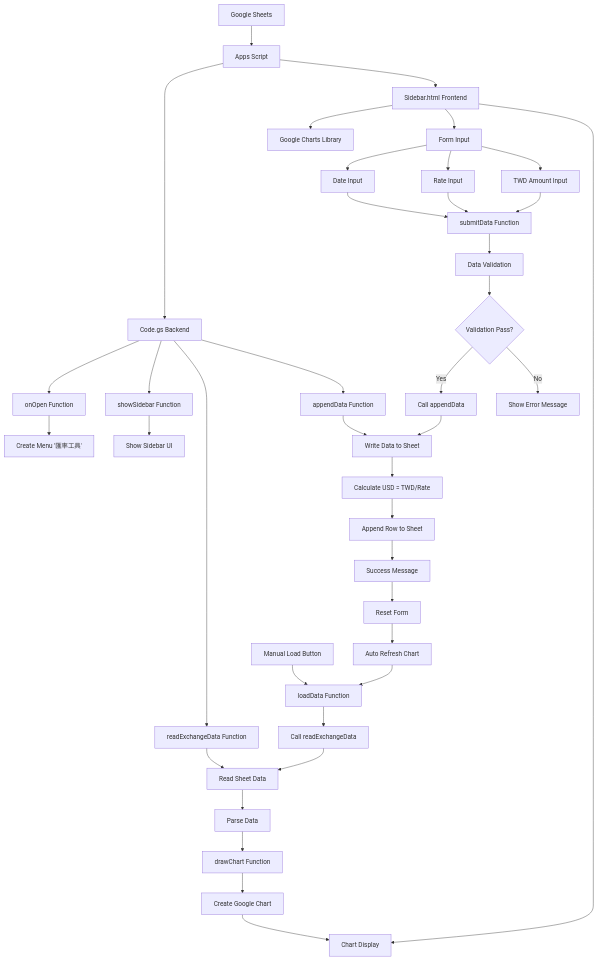
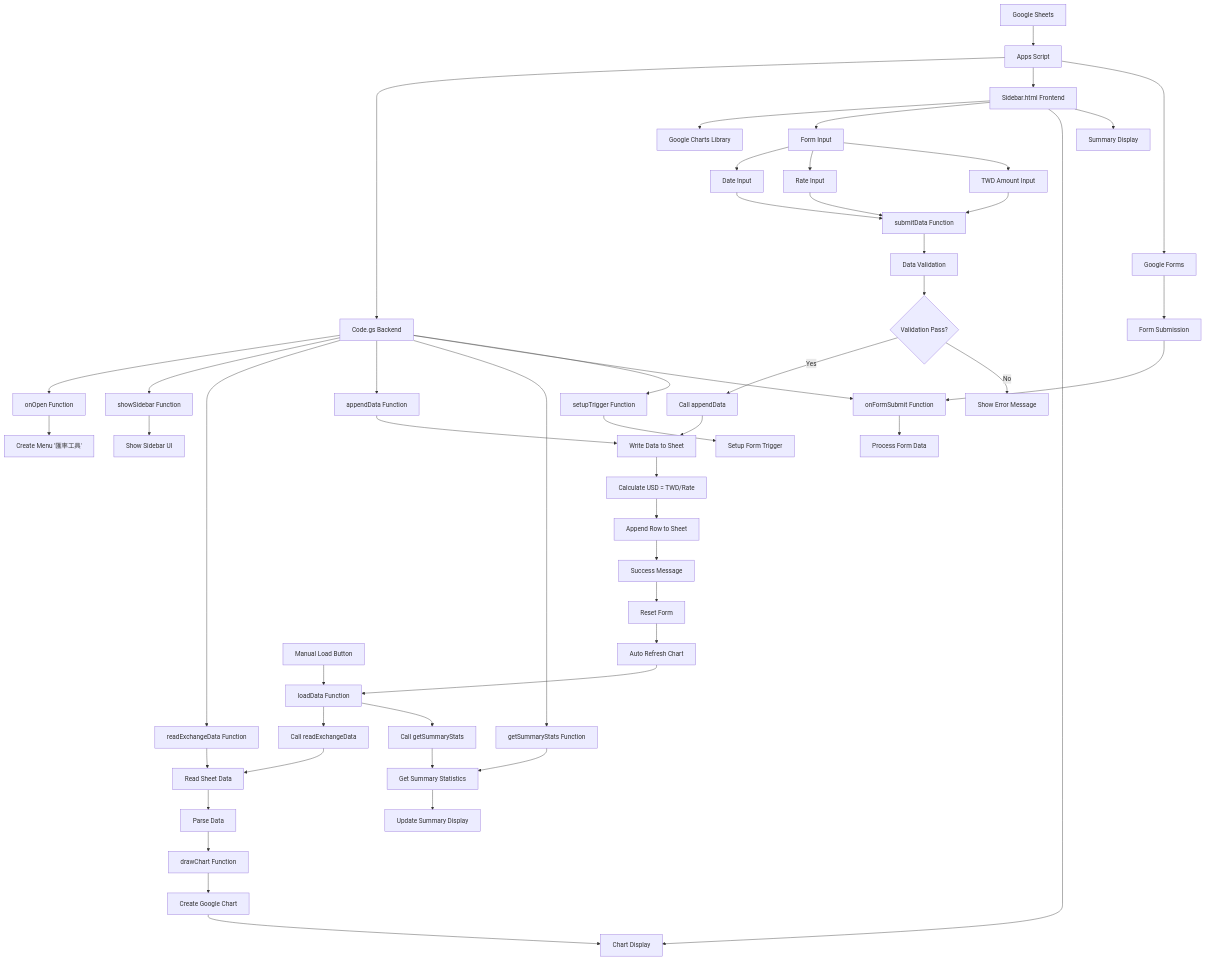
One commit to DanielHo-BS/ExchangeRateDashboard changed the first of 3 diagrams in README.md. Above: the diagram before and after it, drawn with Mermaid. The commit also changed other lines of this file and 2 other files, not shown here.

First line of the commit message:
Add Google Form integration and summary statistics functionality

````diff
--- a/README.md
+++ b/README.md
@@ -58,50 +72,64 @@
 ```mermaid
 graph TD
     A[Google Sheets] --> B[Apps Script]
     B --> C[Code.gs Backend]
     B --> D[Sidebar.html Frontend]
+    B --> E[Google Forms]
     
-    C --> E[onOpen Function]
-    C --> F[showSidebar Function]
-    C --> G[readExchangeData Function]
-    C --> H[appendData Function]
+    C --> F[onOpen Function]
+    C --> G[showSidebar Function]
+    C --> H[readExchangeData Function]
+    C --> I[appendData Function]
+    C --> J[getSummaryStats Function]
+    C --> K[onFormSubmit Function]
+    C --> L[setupTrigger Function]
     
-    D --> I[Google Charts Library]
-    D --> J[Form Input]
-    D --> K[Chart Display]
+    D --> M[Google Charts Library]
+    D --> N[Form Input]
+    D --> O[Chart Display]
+    D --> P[Summary Display]
     
-    E --> L[Create Menu '匯率工具']
-    F --> M[Show Sidebar UI]
-    G --> N[Read Sheet Data]
-    H --> O[Write Data to Sheet]
+    E --> Q[Form Submission]
+    Q --> K
     
-    J --> P[Date Input]
-    J --> Q[Rate Input]
-    J --> R[TWD Amount Input]
+    F --> R[Create Menu '匯率工具']
+    G --> S[Show Sidebar UI]
+    H --> T[Read Sheet Data]
+    I --> U[Write Data to Sheet]
+    J --> V[Get Summary Statistics]
+    K --> W[Process Form Data]
+    L --> X[Setup Form Trigger]
     
-    P --> S[submitData Function]
-    Q --> S
-    R --> S
+    N --> Y[Date Input]
+    N --> Z[Rate Input]
+    N --> AA[TWD Amount Input]
     
-    S --> T[Data Validation]
-    T --> U{Validation Pass?}
-    U -->|Yes| V[Call appendData]
-    U -->|No| W[Show Error Message]
+    Y --> BB[submitData Function]
+    Z --> BB
+    AA --> BB
     
-    V --> O
-    O --> X[Calculate USD = TWD/Rate]
-    X --> Y[Append Row to Sheet]
-    Y --> Z[Success Message]
-    Z --> AA[Reset Form]
-    AA --> BB[Auto Refresh Chart]
+    BB --> CC[Data Validation]
+    CC --> DD{Validation Pass?}
+    DD -->|Yes| EE[Call appendData]
+    DD -->|No| FF[Show Error Message]
     
-    BB --> CC[loadData Function]
-    CC --> DD[Call readExchangeData]
-    DD --> N
-    N --> EE[Parse Data]
-    EE --> FF[drawChart Function]
-    FF --> GG[Create Google Chart]
-    GG --> K
+    EE --> U
+    U --> GG[Calculate USD = TWD/Rate]
+    GG --> HH[Append Row to Sheet]
+    HH --> II[Success Message]
+    II --> JJ[Reset Form]
+    JJ --> KK[Auto Refresh Chart]
     
-    II[Manual Load Button] --> CC
+    KK --> LL[loadData Function]
+    LL --> MM[Call readExchangeData]
+    LL --> NN[Call getSummaryStats]
+    MM --> T
+    NN --> V
+    T --> OO[Parse Data]
+    V --> PP[Update Summary Display]
+    OO --> QQ[drawChart Function]
+    QQ --> RR[Create Google Chart]
+    RR --> O
+    
+    SS[Manual Load Button] --> LL
 ```
````
